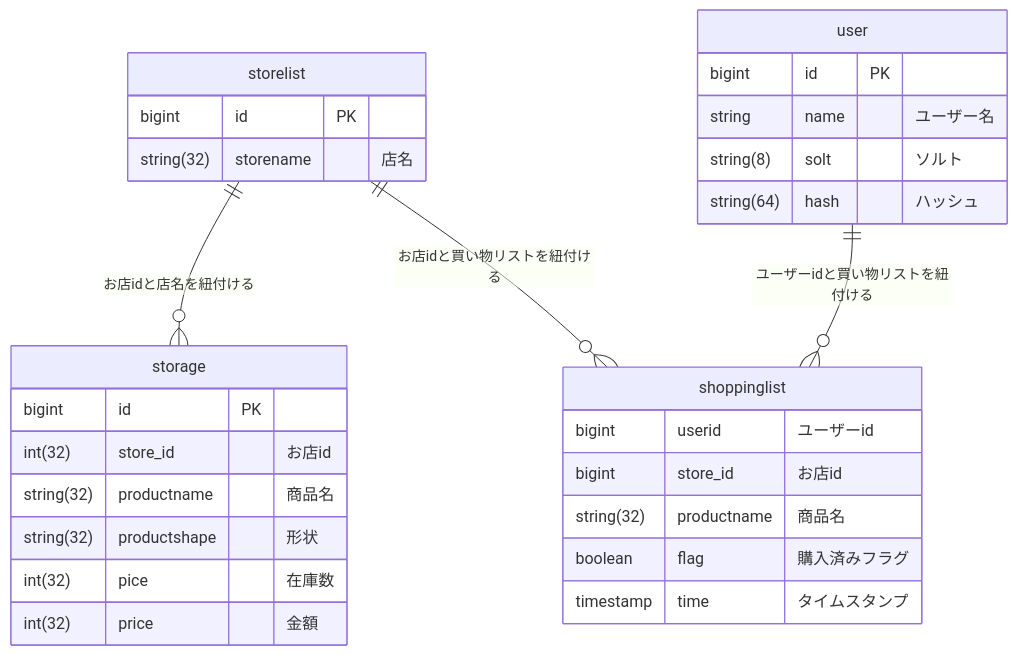
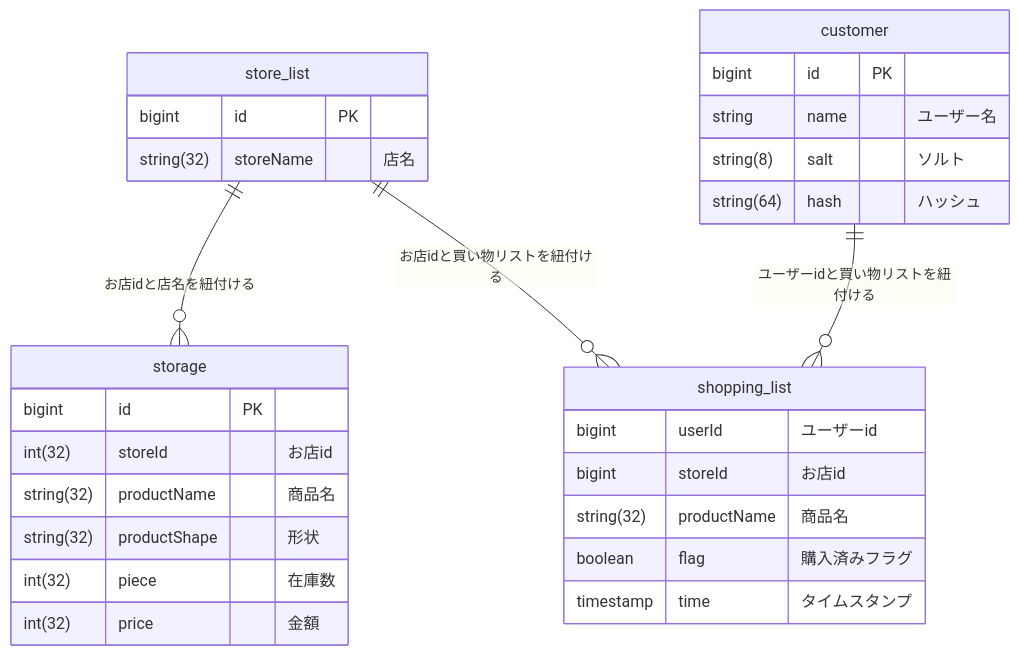
The third of 3 diagrams in README.md (naoya84/yaoya_kandabashi), drawn with Mermaid before and after one commit.

Commit message:
DB_table_columns名修正

````diff
--- a/README.md
+++ b/README.md
@@ -66,36 +66,36 @@
 ```mermaid
 erDiagram
-  storelist ||--o{ storage: "お店idと店名を紐付ける"
-  user ||--o{ shoppinglist: "ユーザーidと買い物リストを紐付ける"
-  storelist ||--o{ shoppinglist: "お店idと買い物リストを紐付ける"
+  store_list ||--o{ storage: "お店idと店名を紐付ける"
+  customer ||--o{ shopping_list: "ユーザーidと買い物リストを紐付ける"
+  store_list ||--o{ shopping_list: "お店idと買い物リストを紐付ける"
 
-    user {
+    customer {
       bigint id PK
       string name "ユーザー名"
-      string(8) solt "ソルト"
+      string(8) salt "ソルト"
       string(64) hash "ハッシュ"
     }
 
-    storelist {
+    store_list {
       bigint id PK
-      string(32) storename "店名"
+      string(32) storeName "店名"
     }
 
     storage {
       bigint id PK
-      int(32) store_id "お店id"
-      string(32) productname "商品名"
-      string(32) productshape "形状"
-      int(32) pice "在庫数"
+      int(32) storeId "お店id"
+      string(32) productName "商品名"
+      string(32) productShape "形状"
+      int(32) piece "在庫数"
       int(32) price "金額"
     }
 
-    shoppinglist {
-      bigint userid "ユーザーid"
-      bigint store_id "お店id"
-      string(32) productname "商品名"
+    shopping_list {
+      bigint userId "ユーザーid"
+      bigint storeId "お店id"
+      string(32) productName "商品名"
       boolean flag "購入済みフラグ"
       timestamp time "タイムスタンプ"
     }
 
 ```
````
